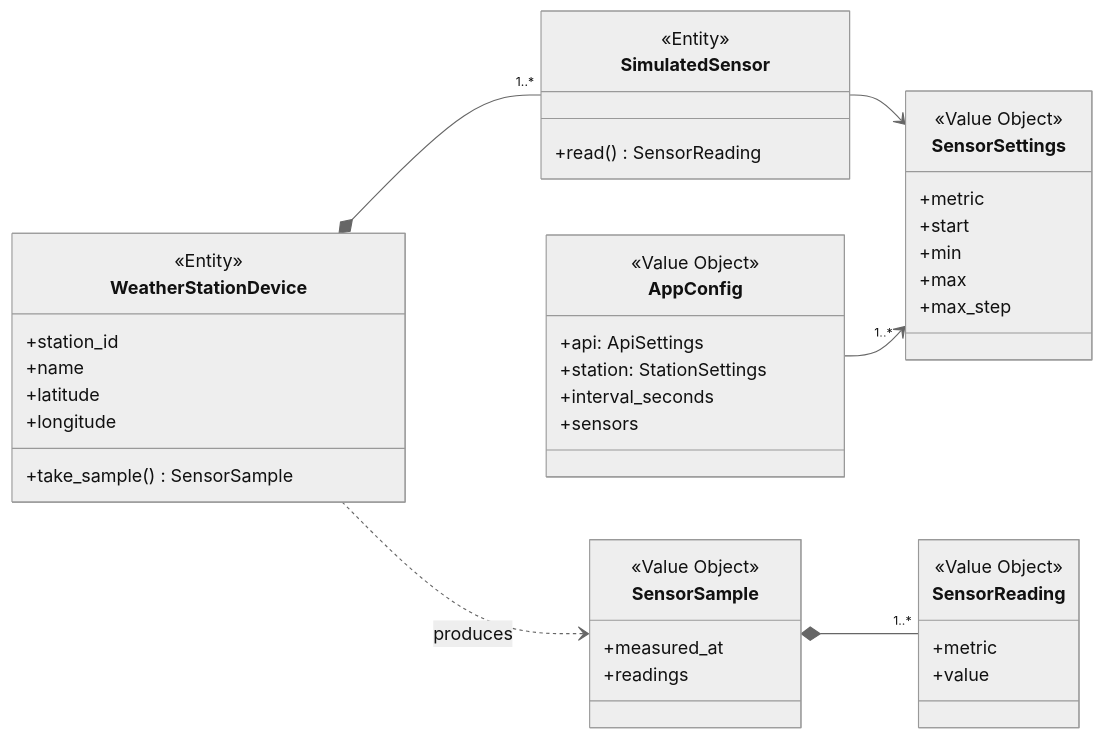
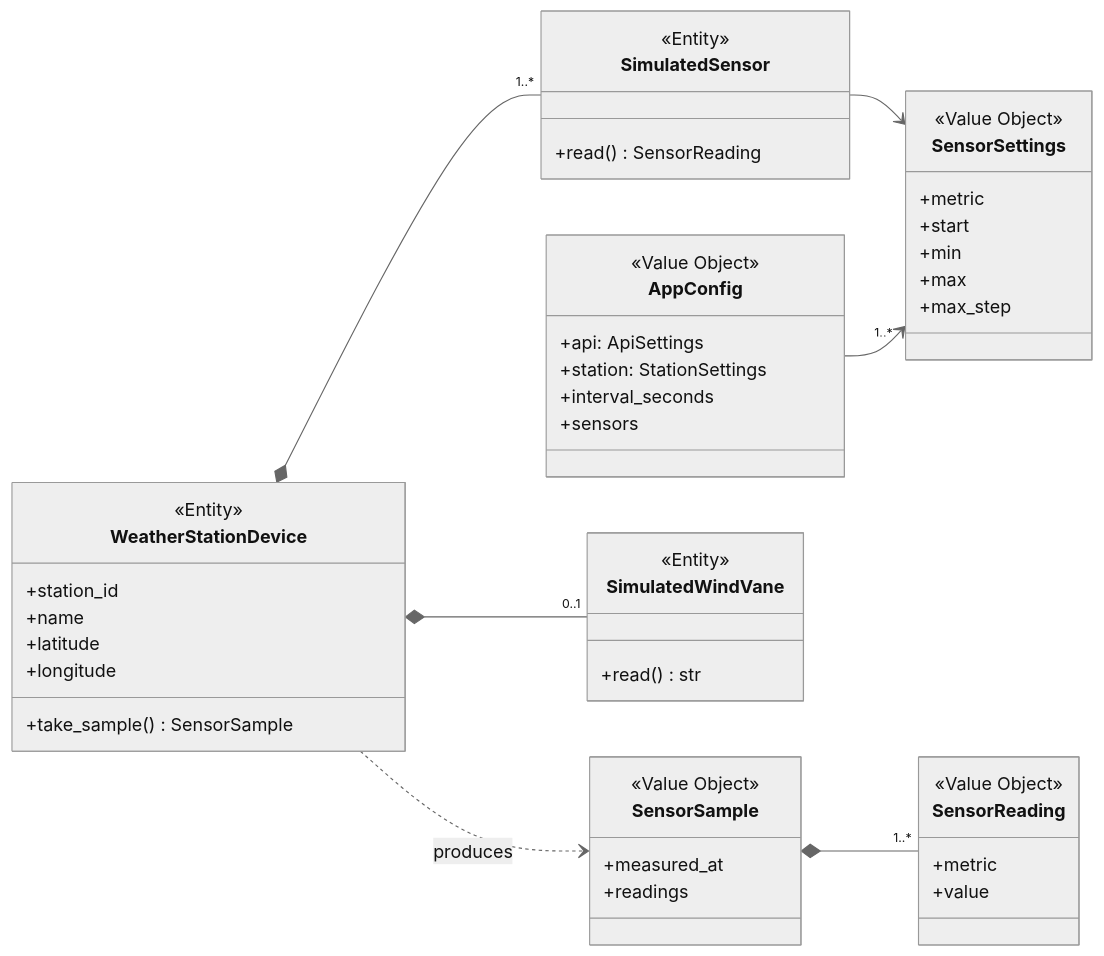
Before and after one commit to jamshideftekhari/IOTDataMonitoringE2026: the third of 10 diagrams in DESIGN.md, drawn with Mermaid (neutral theme). The commit also changed other lines of this file and 22 other files, not shown here.

````diff
--- a/DESIGN.md
+++ b/DESIGN.md
@@ -183,46 +221,51 @@
 ```mermaid
 classDiagram
     direction LR
     class WeatherStationDevice {
         <<Entity>>
         +station_id
         +name
         +latitude
         +longitude
         +take_sample() SensorSample
     }
     class SimulatedSensor {
         <<Entity>>
         +read() SensorReading
     }
     class SensorSettings {
         <<Value Object>>
         +metric
         +start
         +min
         +max
         +max_step
     }
     class SensorSample {
         <<Value Object>>
         +measured_at
         +readings
     }
     class SensorReading {
         <<Value Object>>
         +metric
         +value
     }
+    class SimulatedWindVane {
+        <<Entity>>
+        +read() str
+    }
     class AppConfig {
         <<Value Object>>
         +api: ApiSettings
         +station: StationSettings
         +interval_seconds
         +sensors
     }
     WeatherStationDevice *-- "1..*" SimulatedSensor
+    WeatherStationDevice *-- "0..1" SimulatedWindVane
     SimulatedSensor --> SensorSettings
     WeatherStationDevice ..> SensorSample : produces
     SensorSample *-- "1..*" SensorReading
     AppConfig --> "1..*" SensorSettings
 ```
````
